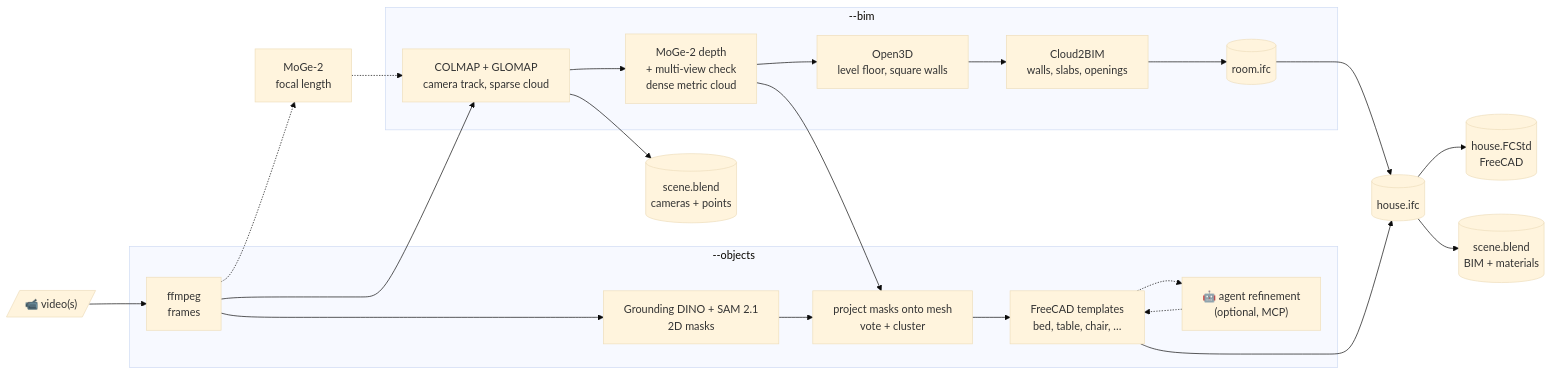
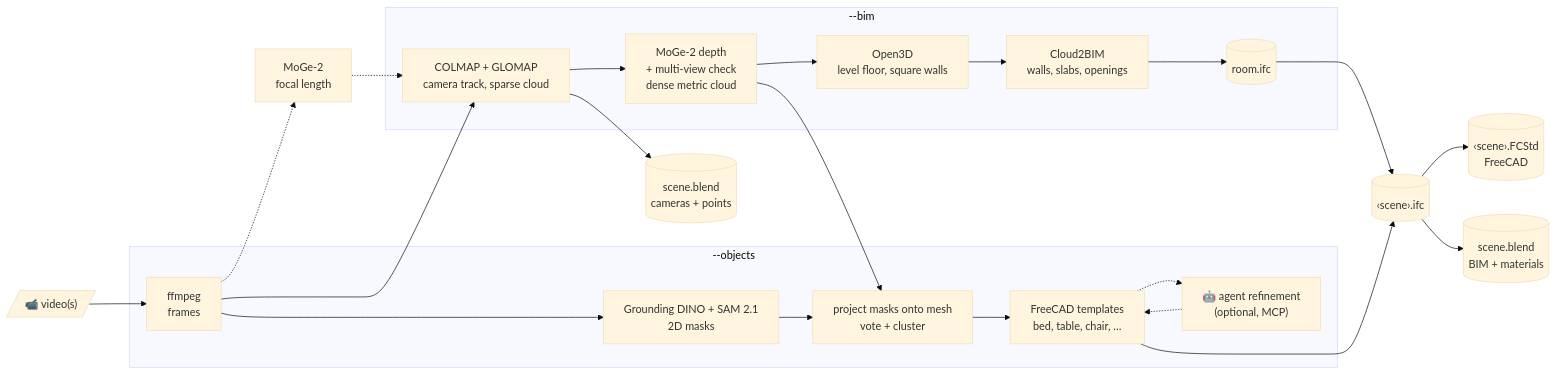
One commit to Filipe-Cavalheiro/vid2bim changed the diagram in README.md. Above: the diagram before and after it, drawn with Mermaid (base theme). The commit also changed other lines of this file and 5 other files, not shown here.

First line of the commit message:
One final model per scene, named after it: <scene>.ifc / .FCStd / .blend

````diff
--- a/README.md
+++ b/README.md
@@ -5,28 +5,28 @@
 ```mermaid
 flowchart LR
     V[/"📹 video(s)"/] --> F["ffmpeg<br/>frames"]
     F --> C["COLMAP + GLOMAP<br/>camera track, sparse cloud"]
     F -.-> FOV["MoGe-2<br/>focal length"] -.-> C
     C --> BL[("scene.blend<br/>cameras + points")]
 
     subgraph BIM ["--bim"]
         C --> D["MoGe-2 depth<br/>+ multi-view check<br/>dense metric cloud"]
         D --> A["Open3D<br/>level floor, square walls"]
         A --> R["Cloud2BIM<br/>walls, slabs, openings"]
         R --> IFC[("room.ifc")]
     end
 
     subgraph OBJ ["--objects"]
         F --> G["Grounding DINO + SAM 2.1<br/>2D masks"]
         D --> P["project masks onto mesh<br/>vote + cluster"]
         G --> P
         P --> T["FreeCAD templates<br/>bed, table, chair, …"]
         T -.-> AG["🤖 agent refinement<br/>(optional, MCP)"]
         AG -.-> T
     end
 
-    IFC --> H[("house.ifc")]
+    IFC --> H[("‹scene›.ifc")]
     T --> H
-    H --> FC[("house.FCStd<br/>FreeCAD")]
+    H --> FC[("‹scene›.FCStd<br/>FreeCAD")]
     H --> BL2[("scene.blend<br/>BIM + materials")]
 ```
````
